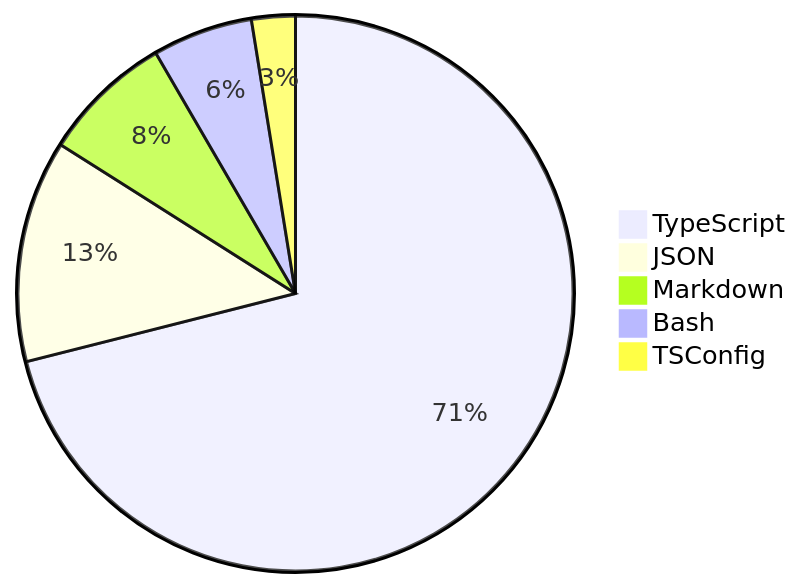
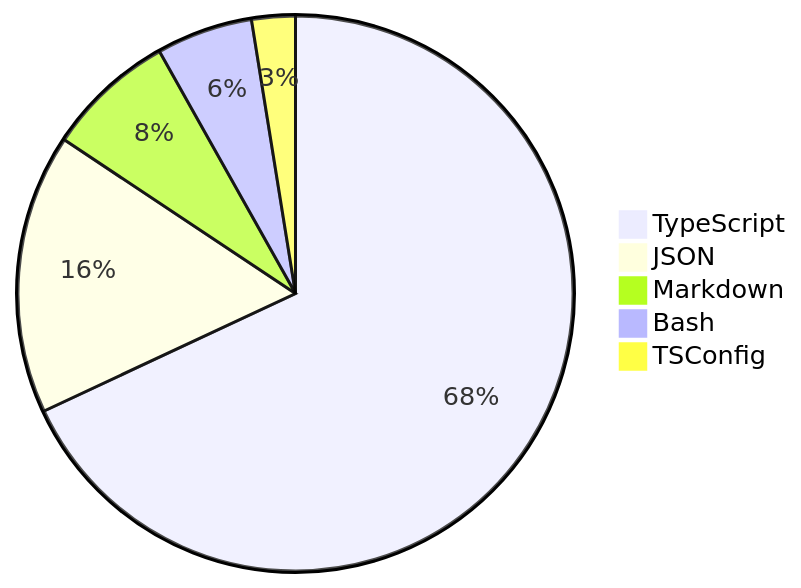
Before and after one commit to skvggor/skvggor: the diagram in README.md, drawn with Mermaid.

Commit message:
Updated waka-readme graph with new metrics

````diff
--- a/README.md
+++ b/README.md
@@ -39,8 +39,8 @@
 ```mermaid
 pie
-    "TypeScript" : 67.0
-    "JSON" : 12.2
-    "Markdown" : 7.2
-    "Bash" : 5.5
+    "TypeScript" : 64.3
+    "JSON" : 15.4
+    "Markdown" : 7.1
+    "Bash" : 5.3
     "TSConfig" : 2.4
 ```
````
